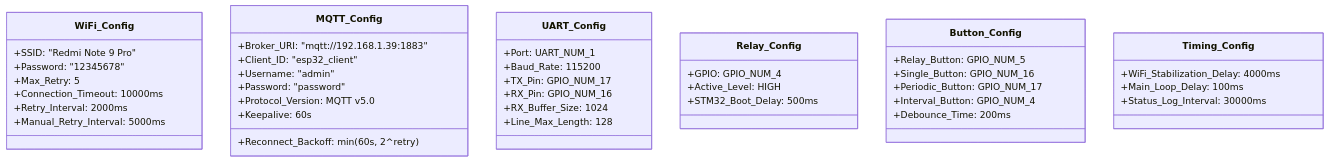
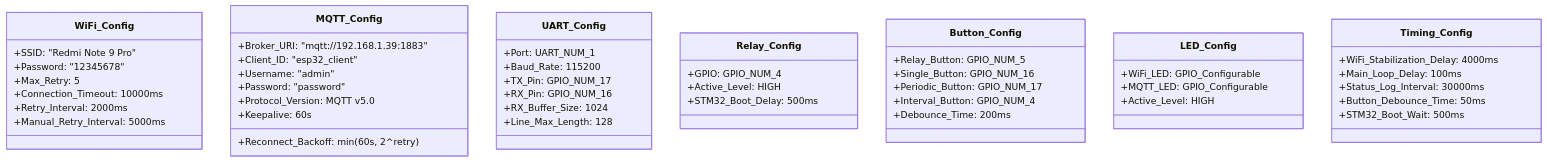
One commit to meeTeam05/datalogger changed the seventh of 9 diagrams in documents/esp32/UML_CLASS_DIAGRAM_ESP32.md. Above: the diagram before and after it, drawn with Mermaid. The commit also changed other lines of this file, not shown here.

Commit message:
fix(docs): update UML class diagrams for clarity and consistency in UML_CLASS_DIAGRAM_ESP32.md

````diff
--- a/documents/esp32/UML_CLASS_DIAGRAM_ESP32.md
+++ b/documents/esp32/UML_CLASS_DIAGRAM_ESP32.md
@@ -463,50 +458,58 @@
 ```mermaid
 classDiagram
     class WiFi_Config {
         +SSID: "Redmi Note 9 Pro"
         +Password: "12345678"
         +Max_Retry: 5
         +Connection_Timeout: 10000ms
         +Retry_Interval: 2000ms
         +Manual_Retry_Interval: 5000ms
     }
 
     class MQTT_Config {
         +Broker_URI: "mqtt://192.168.1.39:1883"
         +Client_ID: "esp32_client"
         +Username: "admin"
         +Password: "password"
         +Protocol_Version: MQTT v5.0
         +Keepalive: 60s
         +Reconnect_Backoff: min(60s, 2^retry)
     }
 
     class UART_Config {
         +Port: UART_NUM_1
         +Baud_Rate: 115200
         +TX_Pin: GPIO_NUM_17
         +RX_Pin: GPIO_NUM_16
         +RX_Buffer_Size: 1024
         +Line_Max_Length: 128
     }
 
     class Relay_Config {
         +GPIO: GPIO_NUM_4
         +Active_Level: HIGH
         +STM32_Boot_Delay: 500ms
     }
 
     class Button_Config {
         +Relay_Button: GPIO_NUM_5
         +Single_Button: GPIO_NUM_16
         +Periodic_Button: GPIO_NUM_17
         +Interval_Button: GPIO_NUM_4
         +Debounce_Time: 200ms
     }
 
+    class LED_Config {
+        +WiFi_LED: GPIO_Configurable
+        +MQTT_LED: GPIO_Configurable
+        +Active_Level: HIGH
+    }
+
     class Timing_Config {
         +WiFi_Stabilization_Delay: 4000ms
         +Main_Loop_Delay: 100ms
         +Status_Log_Interval: 30000ms
+        +Button_Debounce_Time: 50ms
+        +STM32_Boot_Wait: 500ms
     }
 ```
````
